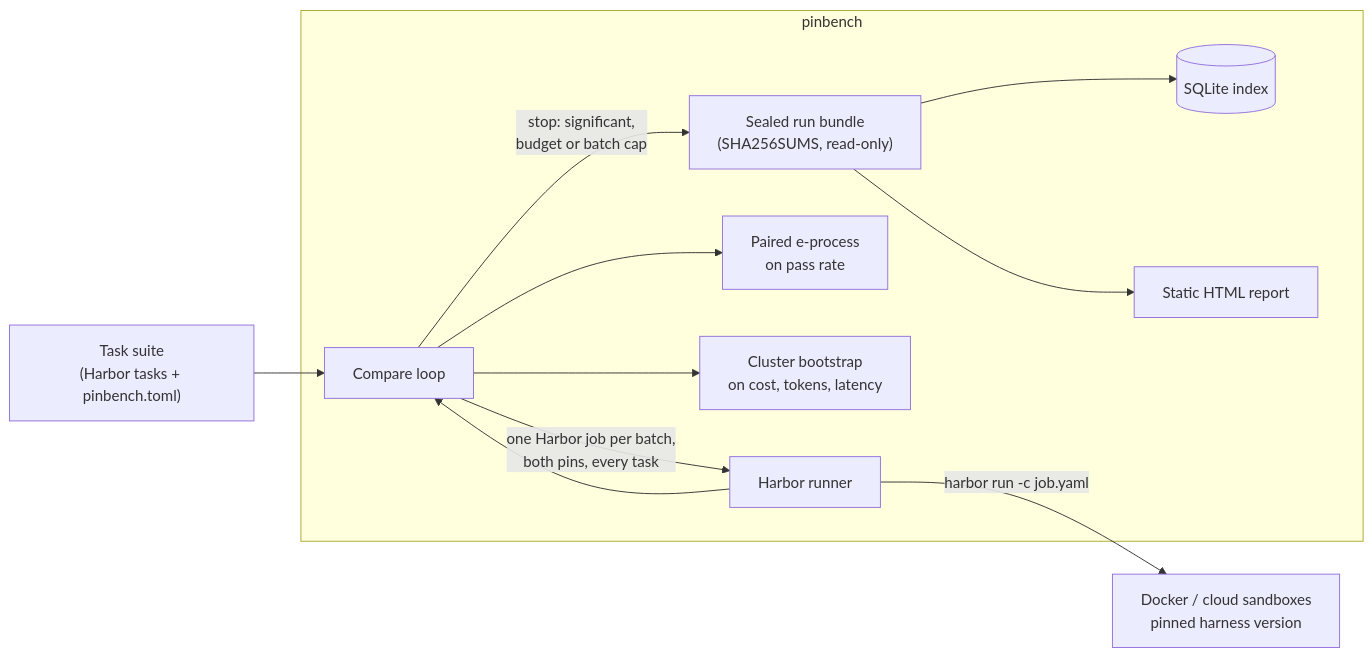
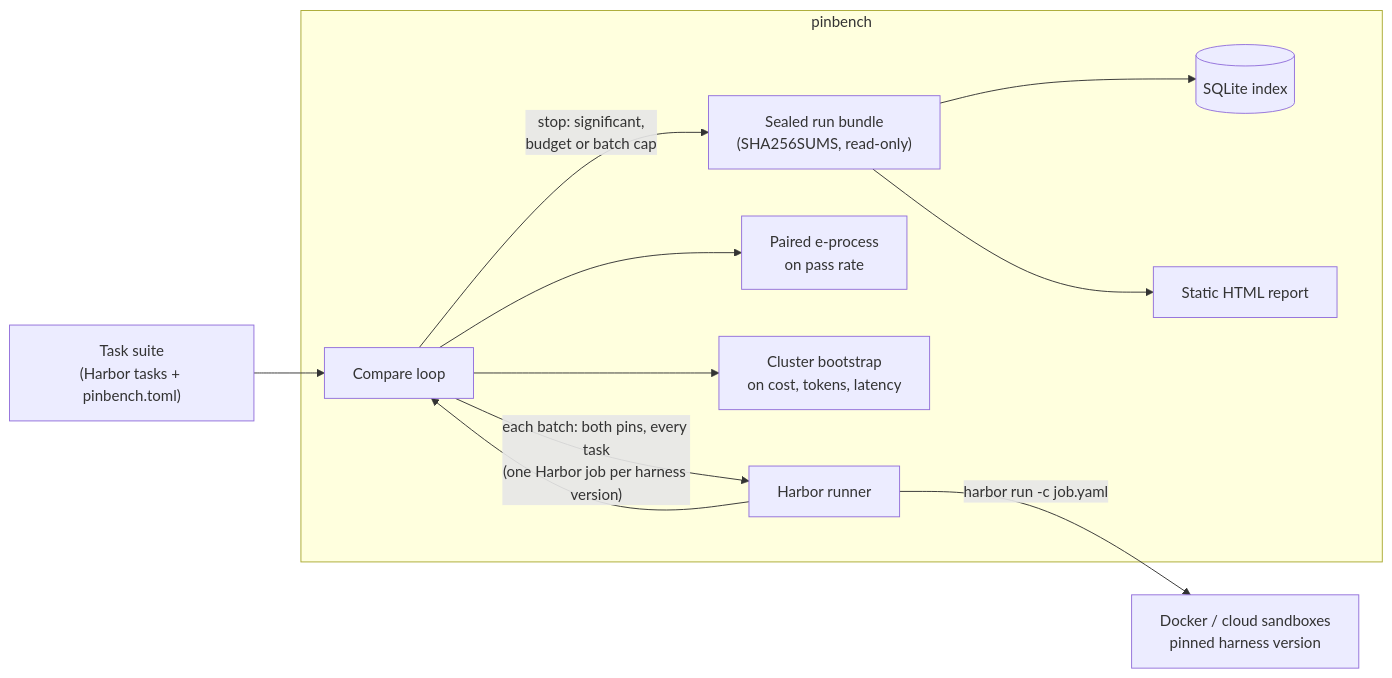
One commit to digitalinnovator/pinbench changed the diagram in README.md. Above: the diagram before and after it, drawn with Mermaid. The commit also changed other lines of this file and 24 other files, not shown here.

````diff
--- a/README.md
+++ b/README.md
@@ -89,14 +93,14 @@
 ```mermaid
 flowchart LR
     S["Task suite<br/>(Harbor tasks + pinbench.toml)"] --> O
     subgraph pinbench["pinbench"]
-        O["Compare loop"] -->|"one Harbor job per batch,<br/>both pins, every task"| R["Harbor runner"]
+        O["Compare loop"] -->|"each batch: both pins, every task<br/>(one Harbor job per harness version)"| R["Harbor runner"]
         R --> O
         O --> T["Paired e-process<br/>on pass rate"]
         O --> B["Cluster bootstrap<br/>on cost, tokens, latency"]
         O -->|"stop: significant,<br/>budget or batch cap"| U["Sealed run bundle<br/>(SHA256SUMS, read-only)"]
         U --> I[("SQLite index")]
         U --> H["Static HTML report"]
     end
     R -->|"harbor run -c job.yaml"| X["Docker / cloud sandboxes<br/>pinned harness version"]
 ```
````
